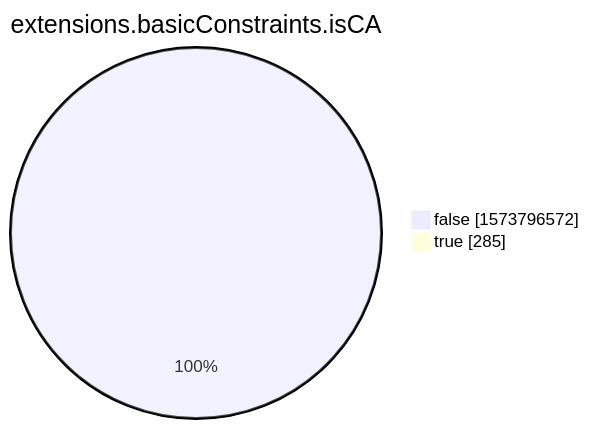
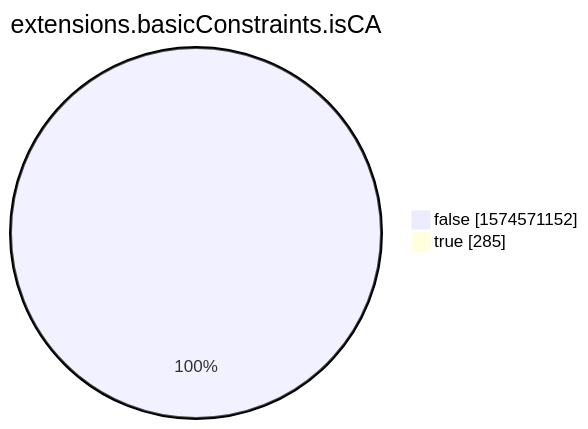
The eighth of 15 diagrams in xenon2022/README.md (christiankrug/ctmonitor_visualization), drawn with Mermaid before and after one commit. The commit also changed other lines of this file, not shown here.

````diff
--- a/xenon2022/README.md
+++ b/xenon2022/README.md
@@ -2861,6 +2861,6 @@
 ```mermaid
 pie showData
 title extensions.basicConstraints.isCA
-"false" :1573796572
+"false" :1574571152
 "true" :285
 ```
````
